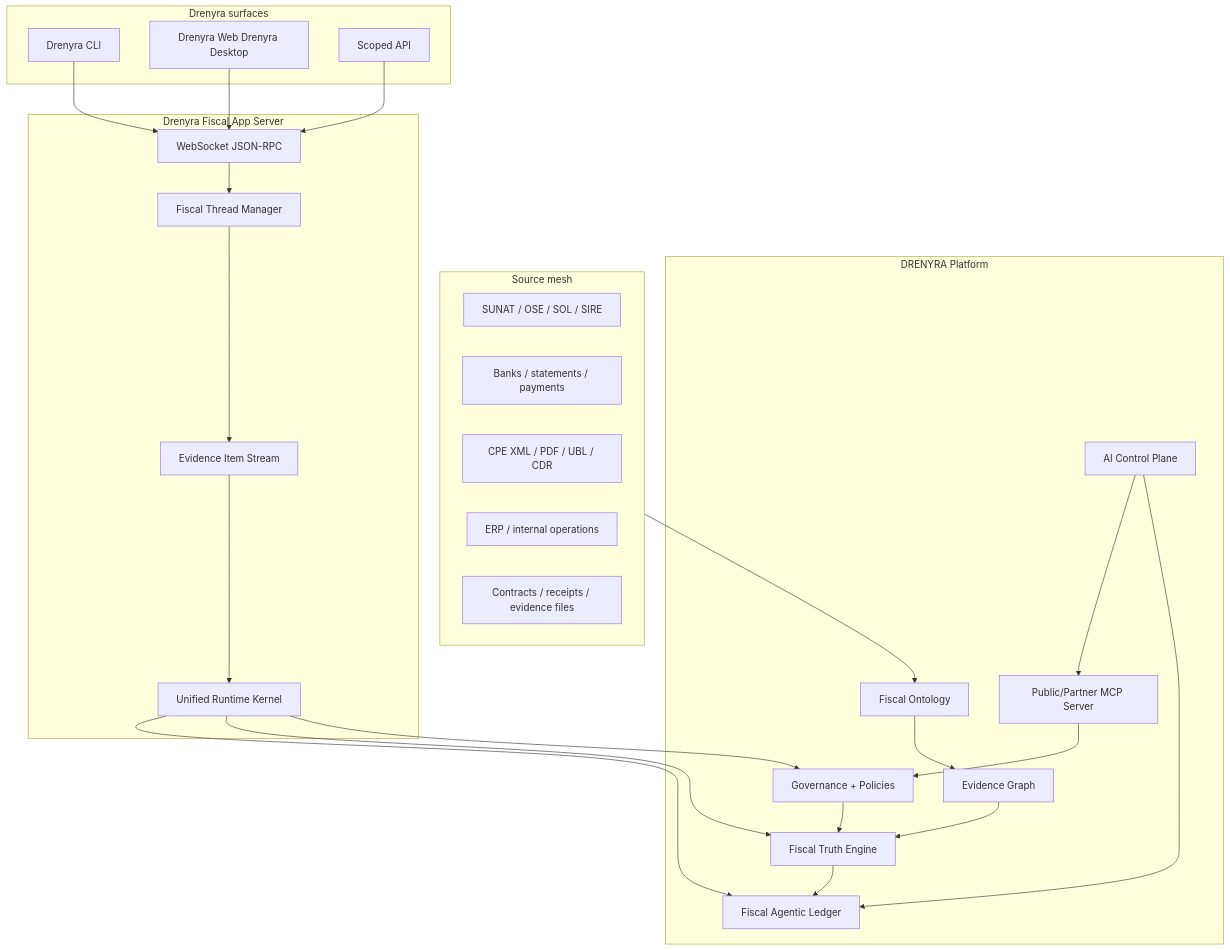
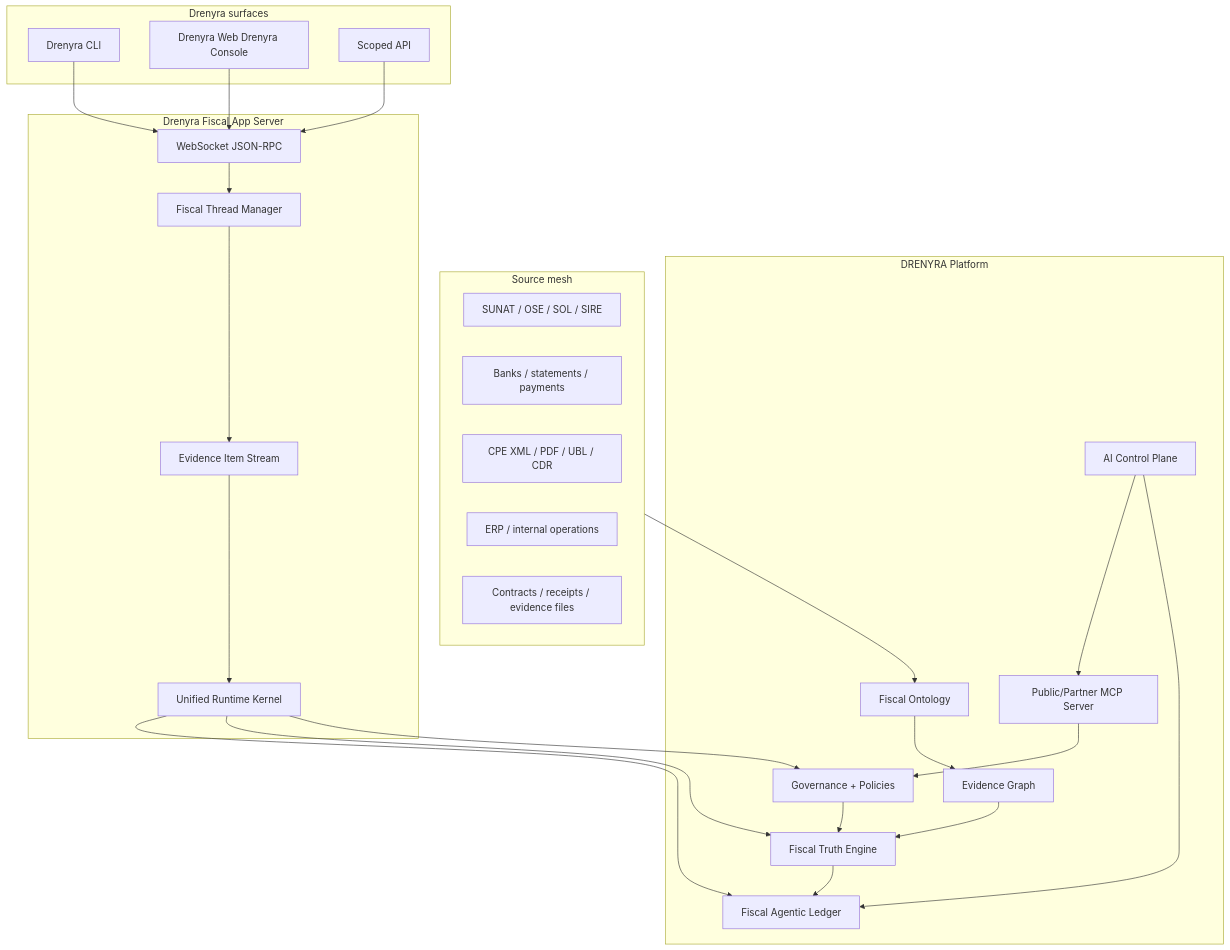
One commit to arkelythex/drenyra-command-center changed the first of 3 diagrams in docs/14-design/fiscal-intelligence-platform.md. Above: the diagram before and after it, drawn with Mermaid. The commit also changed other lines of this file and 154 other files, not shown here.

First line of the commit message:
refactor(console): rename Drenyra Desktop to Drenyra Console

````diff
--- a/docs/14-design/fiscal-intelligence-platform.md
+++ b/docs/14-design/fiscal-intelligence-platform.md
@@ -40,51 +40,51 @@
 ```mermaid
 flowchart TB
   subgraph Sources[Source mesh]
     SUNAT[SUNAT / OSE / SOL / SIRE]
     Banks[Banks / statements / payments]
     CPE[CPE XML / PDF / UBL / CDR]
     ERP[ERP / internal operations]
     Docs[Contracts / receipts / evidence files]
   end
 
   subgraph Platform[DRENYRA Platform]
     Ontology[Fiscal Ontology]
     Truth[Fiscal Truth Engine]
     Evidence[Evidence Graph]
     FAL[Fiscal Agentic Ledger]
     Gov[Governance + Policies]
     AI[AI Control Plane]
     MCP[Public/Partner MCP Server]
   end
 
   subgraph Surfaces[Drenyra surfaces]
     CLI[Drenyra CLI]
-    Web[Drenyra Web Drenyra Desktop]
+    Web[Drenyra Web Drenyra Console]
     API[Scoped API]
   end
 
   subgraph DFAS[Drenyra Fiscal App Server]
     WS[WebSocket JSON-RPC]
     ThreadMgr[Fiscal Thread Manager]
     ItemStream[Evidence Item Stream]
     Kernel[Unified Runtime Kernel]
   end
 
   Sources --> Ontology
   Ontology --> Evidence
   Evidence --> Truth
   Truth --> FAL
   Gov --> Truth
   AI --> FAL
   AI --> MCP
   MCP --> Gov
   CLI --> WS
   Web --> WS
   API --> WS
   WS --> ThreadMgr
   ThreadMgr --> ItemStream
   ItemStream --> Kernel
   Kernel --> Gov
   Kernel --> Truth
   Kernel --> FAL
 ```
````
